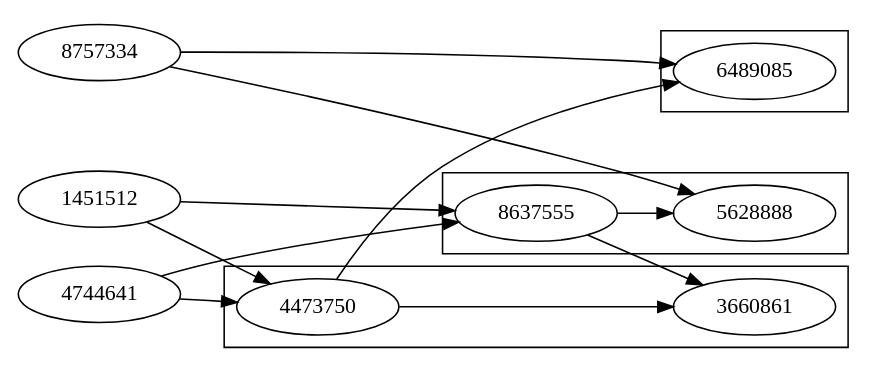
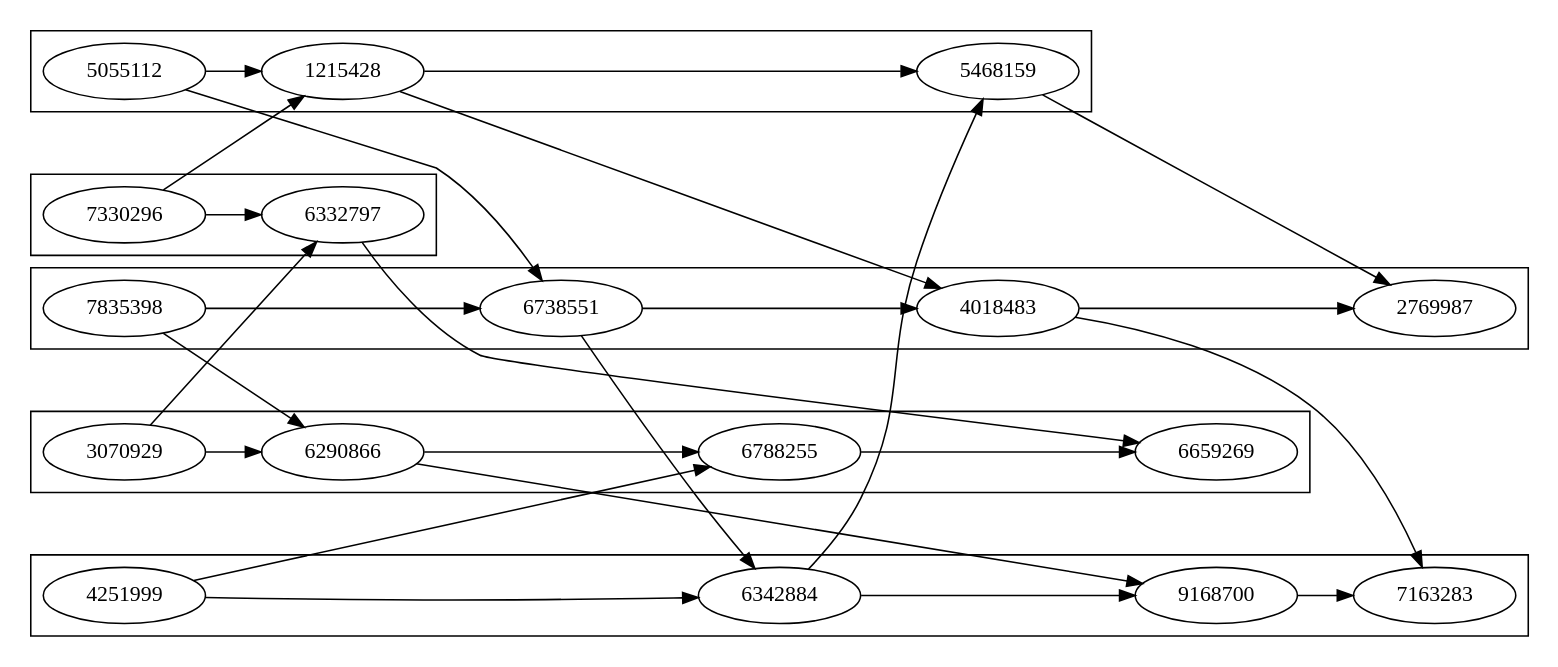
The diagram in Trust/AS2/op2.dot (Mukesh-V/Acads), drawn with Graphviz before and after one commit. The commit also changed 3 other files, not shown here.

```diff
--- a/Trust/AS2/op2.dot
+++ b/Trust/AS2/op2.dot
@@ -1,16 +1,25 @@
 digraph G { 
 	rankdir=LR 
+	newrank=true 
  	subgraph cluster0{ 
- 		8757334 -> 6489085 [minlen=3] 
+ 		4251999 -> 6342884 [minlen=3] 6342884 -> 9168700 [minlen=2] 9168700 -> 7163283 [minlen=1] 
 	}
 	subgraph cluster1{ 
- 		4744641 -> 4473750 [minlen=1] 4473750 -> 3660861 [minlen=2] 
+ 		3070929 -> 6290866 [minlen=1] 6290866 -> 6788255 [minlen=2] 6788255 -> 6659269 [minlen=2] 
 	}
 	subgraph cluster2{ 
- 		1451512 -> 8637555 [minlen=2] 8637555 -> 5628888 [minlen=1] 
+ 		5055112 -> 1215428 [minlen=1] 1215428 -> 5468159 [minlen=3] 
 	}
-	{rank=same; 8757334,4744641,1451512}
-	4473750 -> 6489085 
-	1451512 -> 4473750 8637555 -> 3660861 
-	4744641 -> 8637555 8757334 -> 5628888 
+	subgraph cluster3{ 
+ 		7330296 -> 6332797 [minlen=1] 
+	}
+	subgraph cluster4{ 
+ 		7835398 -> 6738551 [minlen=2] 6738551 -> 4018483 [minlen=2] 4018483 -> 2769987 [minlen=2] 
+	}
+	{rank=same; 4251999,3070929,5055112,7330296,7835398}
+	6738551 -> 6342884 6290866 -> 9168700 4018483 -> 7163283 
+	7835398 -> 6290866 4251999 -> 6788255 6332797 -> 6659269 
+	7330296 -> 1215428 6342884 -> 5468159 
+	3070929 -> 6332797 
+	5055112 -> 6738551 1215428 -> 4018483 5468159 -> 2769987 
 }
```
